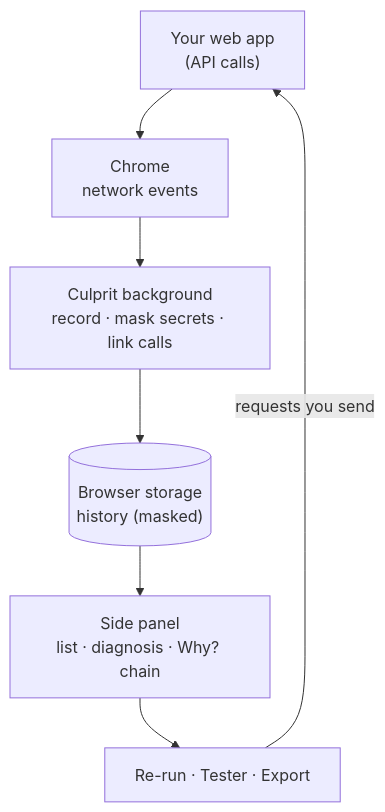
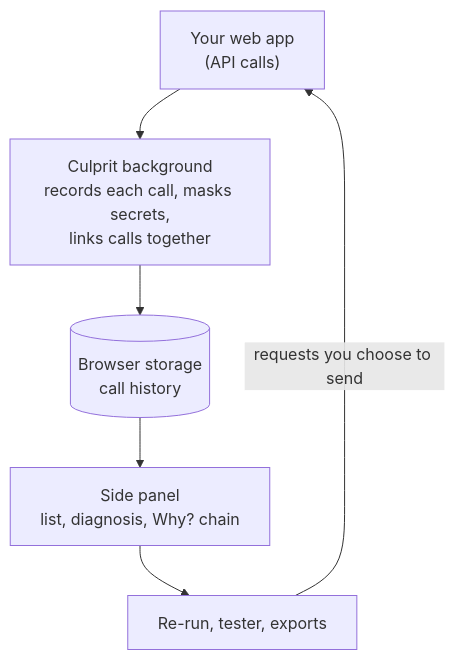
One commit to melvin-balajadia/culprit changed the second of 3 diagrams in docs/CASE_STUDY.md. Above: the diagram before and after it, drawn with Mermaid. The commit also changed other lines of this file, not shown here.

````diff
--- a/docs/CASE_STUDY.md
+++ b/docs/CASE_STUDY.md
@@ -148,9 +159,8 @@
 ```mermaid
 flowchart TD
-    A["Your web app<br/>(API calls)"] --> B["Chrome<br/>network events"]
-    B --> C["Culprit background<br/>record · mask secrets · link calls"]
-    C --> D[("Browser storage<br/>history (masked)")]
-    D --> E["Side panel<br/>list · diagnosis · Why? chain"]
-    E --> F["Re-run · Tester · Export"]
-    F -- "requests you send" --> A
+    A["Your web app<br/>(API calls)"] --> B["Culprit background<br/>records each call, masks secrets,<br/>links calls together"]
+    B --> C[("Browser storage<br/>call history")]
+    C --> D["Side panel<br/>list, diagnosis, Why? chain"]
+    D --> E["Re-run, tester, exports"]
+    E -- "requests you choose to send" --> A
 ```
````
